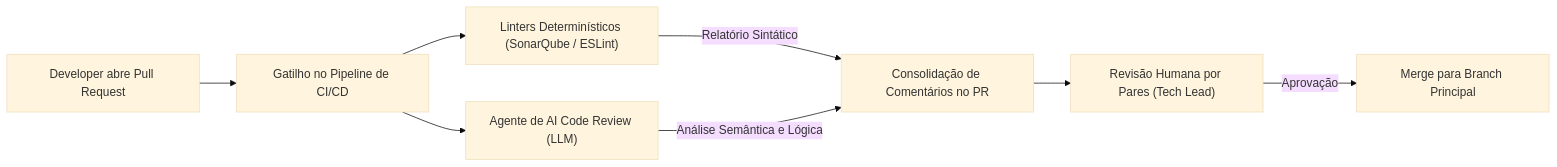
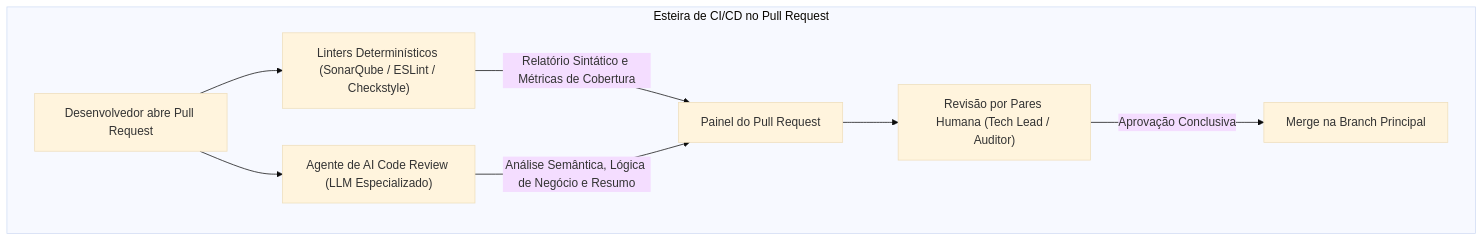
One commit to thiagosantos346/TCE-GO-2027 changed the second of 4 diagrams in fontes_de_estudo/conhecimentos_especificos_b02_ti/06_engenharia_software_ia_e_sistemas_agentivos/03_ciclo_de_vida_assistido_geracao_testes_e_depuracao.md. Above: the diagram before and after it, drawn with Mermaid (base theme). The commit also changed other lines of this file and 119 other files, not shown here.

````diff
--- a/fontes_de_estudo/conhecimentos_especificos_b02_ti/06_engenharia_software_ia_e_sistemas_agentivos/03_ciclo_de_vida_assistido_geracao_testes_e_depuracao.md
+++ b/fontes_de_estudo/conhecimentos_especificos_b02_ti/06_engenharia_software_ia_e_sistemas_agentivos/03_ciclo_de_vida_assistido_geracao_testes_e_depuracao.md
@@ -83,10 +100,13 @@
 ```mermaid
-flowchart LR
-    A["Developer abre Pull Request"] --> B["Gatilho no Pipeline de CI/CD"]
-    B --> C["Linters Determinísticos (SonarQube / ESLint)"]
-    B --> D["Agente de AI Code Review (LLM)"]
-    C -->|Relatório Sintático| E["Consolidação de Comentários no PR"]
-    D -->|Análise Semântica e Lógica| E
-    E --> F["Revisão Humana por Pares (Tech Lead)"]
-    F -->|Aprovação| G["Merge para Branch Principal"]
+flowchart TD
+    subgraph Pipeline["Esteira de CI/CD no Pull Request"]
+        PR["Desenvolvedor abre Pull Request"] --> LINT["Linters Determinísticos (SonarQube / ESLint / Checkstyle)"]
+        PR --> AI["Agente de AI Code Review (LLM Especializado)"]
+        
+        LINT -->|Relatório Sintático e Métricas de Cobertura| REL["Painel do Pull Request"]
+        AI -->|Análise Semântica, Lógica de Negócio e Resumo| REL
+        
+        REL --> HUM["Revisão por Pares Humana (Tech Lead / Auditor)"]
+        HUM -->|Aprovação Conclusiva| MERGE["Merge na Branch Principal"]
+    end
 ```
````
